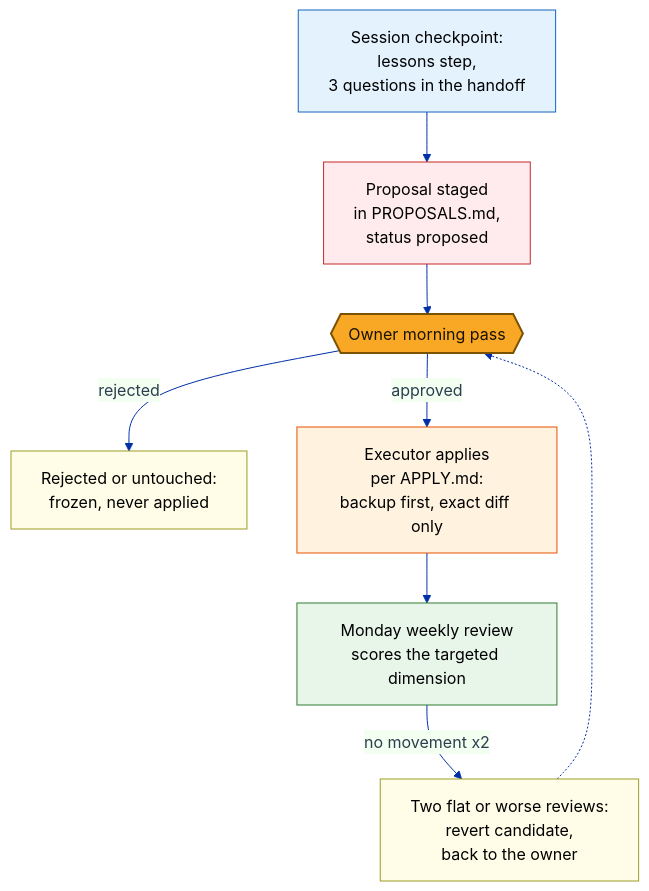
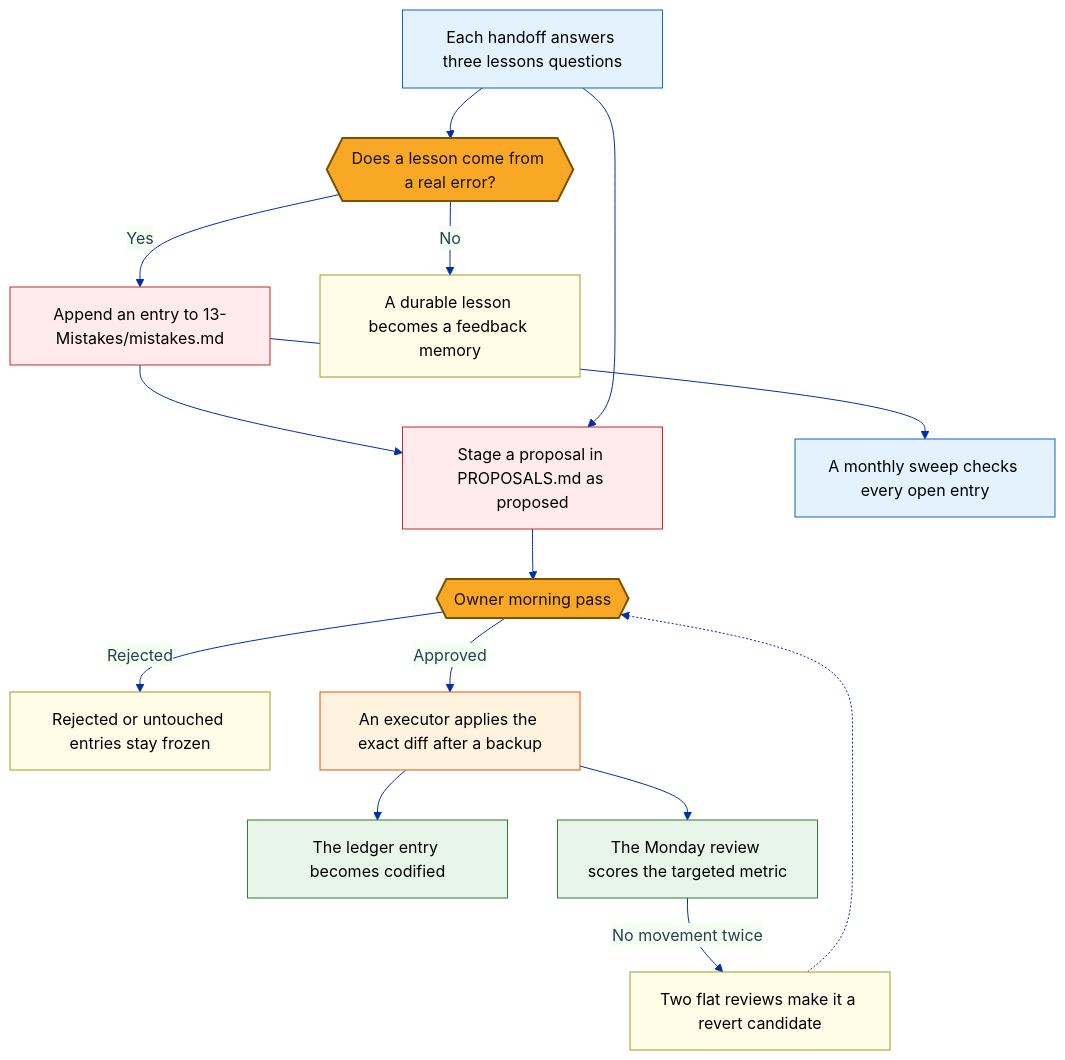
One commit to mmentzerhernandez/global_experience changed the diagram in diagrams/op-improvement.mmd. Above: the diagram before and after it, drawn with Mermaid. The commit also changed 30 other files, not shown here.

```diff
--- a/diagrams/op-improvement.mmd
+++ b/diagrams/op-improvement.mmd
@@ -1,31 +1,41 @@
 ---
 config:
   theme: base
   themeVariables:
     primaryColor: "#f0f3ff"
     primaryBorderColor: "#002fa7"
     primaryTextColor: "#2c3e50"
     lineColor: "#002fa7"
     fontFamily: "-apple-system,BlinkMacSystemFont,Segoe UI,Roboto,sans-serif"
 ---
 flowchart TD
-    CAP["Session checkpoint:<br/>lessons step,<br/>3 questions in the handoff"]:::access
-    PROP["Proposal staged<br/>in PROPOSALS.md,<br/>status proposed"]:::report
+    CAP["Each handoff answers three lessons questions"]:::access
+    ERR{{"Does a lesson come from a real error?"}}:::gate
+    LEDGER["Append an entry to 13-Mistakes/mistakes.md"]:::report
+    MEM["A durable lesson becomes a feedback memory"]:::note
+    PROP["Stage a proposal in PROPOSALS.md as proposed"]:::report
     GATE{{"Owner morning pass"}}:::gate
-    FROZEN["Rejected or untouched:<br/>frozen, never applied"]:::note
-    APPLY["Executor applies<br/>per APPLY.md:<br/>backup first, exact diff only"]:::enforce
-    MEASURE["Monday weekly review<br/>scores the targeted dimension"]:::course
-    REVERT["Two flat or worse reviews:<br/>revert candidate,<br/>back to the owner"]:::note
+    FROZEN["Rejected or untouched entries stay frozen"]:::note
+    APPLY["An executor applies the exact diff after a backup"]:::enforce
+    CODIFY["The ledger entry becomes codified"]:::course
+    MEASURE["The Monday review scores the targeted metric"]:::course
+    REVERT["Two flat reviews make it a revert candidate"]:::note
+    SWEEP["A monthly sweep checks every open entry"]:::access
 
+    CAP --> ERR
+    ERR -->|"Yes"| LEDGER --> PROP
+    ERR -->|"No"| MEM
     CAP --> PROP --> GATE
-    GATE -- approved --> APPLY --> MEASURE
-    GATE -- rejected --> FROZEN
-    MEASURE -- no movement x2 --> REVERT
+    GATE -->|"Approved"| APPLY --> MEASURE
+    GATE -->|"Rejected"| FROZEN
+    APPLY --> CODIFY
+    MEASURE -->|"No movement twice"| REVERT
     REVERT -.-> GATE
+    LEDGER --> SWEEP
 
     classDef access fill:#E3F2FD,stroke:#1565C0,color:#000000
     classDef course fill:#E8F5E9,stroke:#2E7D32,color:#000000
     classDef enforce fill:#FFF3E0,stroke:#E65100,color:#000000
     classDef report fill:#FFEBEE,stroke:#C62828,color:#000000
     classDef gate fill:#F9A825,stroke:#7A5200,color:#1A1200,stroke-width:2px
     classDef note fill:#FFFDE7,stroke:#9E9D24,color:#000000
```
